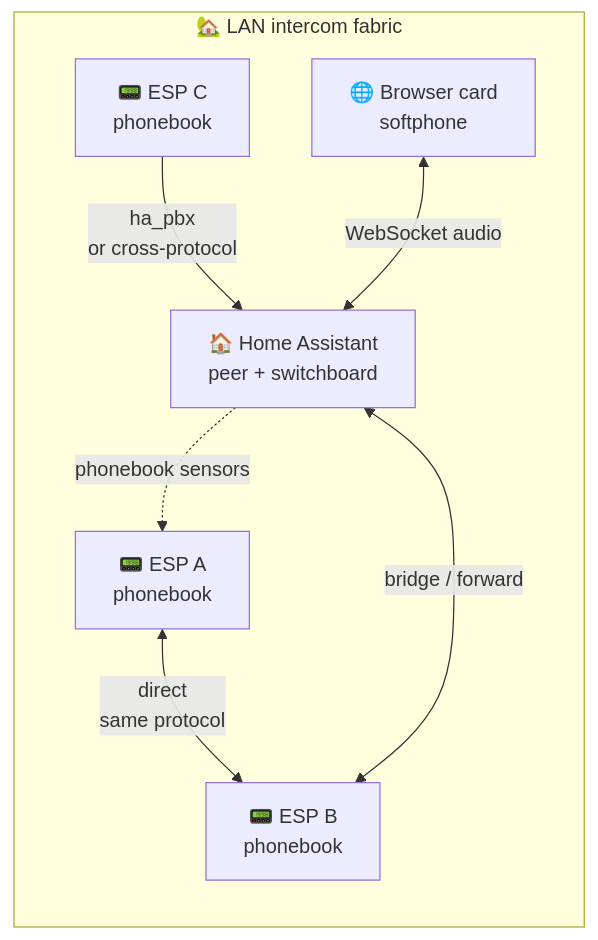
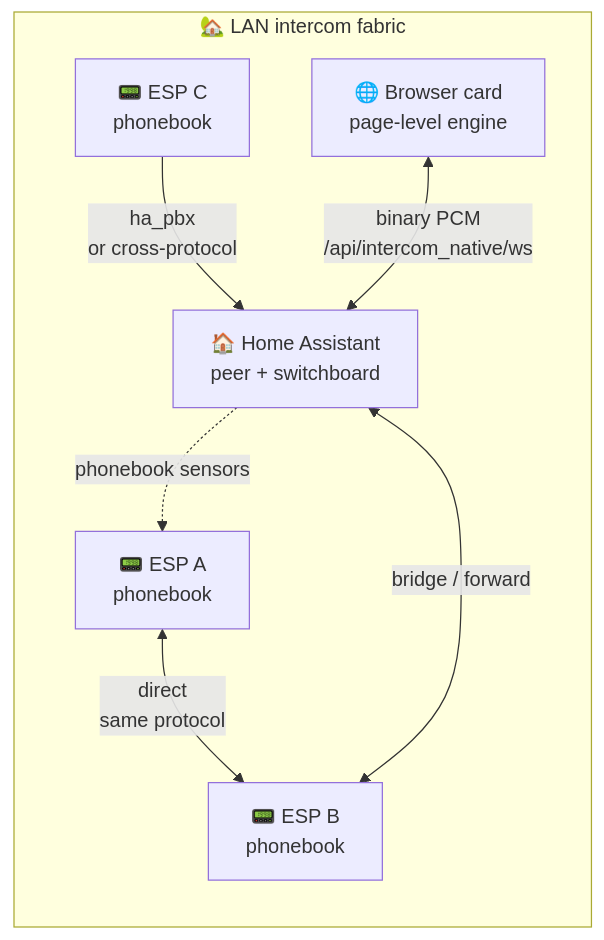
Before and after one commit to csfrussa/esphome-intercom: the first of 3 diagrams in docs/ARCHITECTURE.md, drawn with Mermaid. The commit also changed other lines of this file and 8 other files, not shown here.

````diff
--- a/docs/ARCHITECTURE.md
+++ b/docs/ARCHITECTURE.md
@@ -18,16 +18,16 @@
 ```mermaid
 flowchart LR
     subgraph Fabric["🏡 LAN intercom fabric"]
         A["📟 ESP A<br/>phonebook"]
         B["📟 ESP B<br/>phonebook"]
         C["📟 ESP C<br/>phonebook"]
         HA["🏠 Home Assistant<br/>peer + switchboard"]
-        Card["🌐 Browser card<br/>softphone"]
+        Card["🌐 Browser card<br/>page-level engine"]
     end
 
     A <-->|"direct<br/>same protocol"| B
     C -->|"ha_pbx<br/>or cross-protocol"| HA
     HA <-->|"bridge / forward"| B
-    Card <-->|"WebSocket audio"| HA
+    Card <-->|"binary PCM<br/>/api/intercom_native/ws"| HA
     HA -. "phonebook sensors" .-> A
 ```
````
